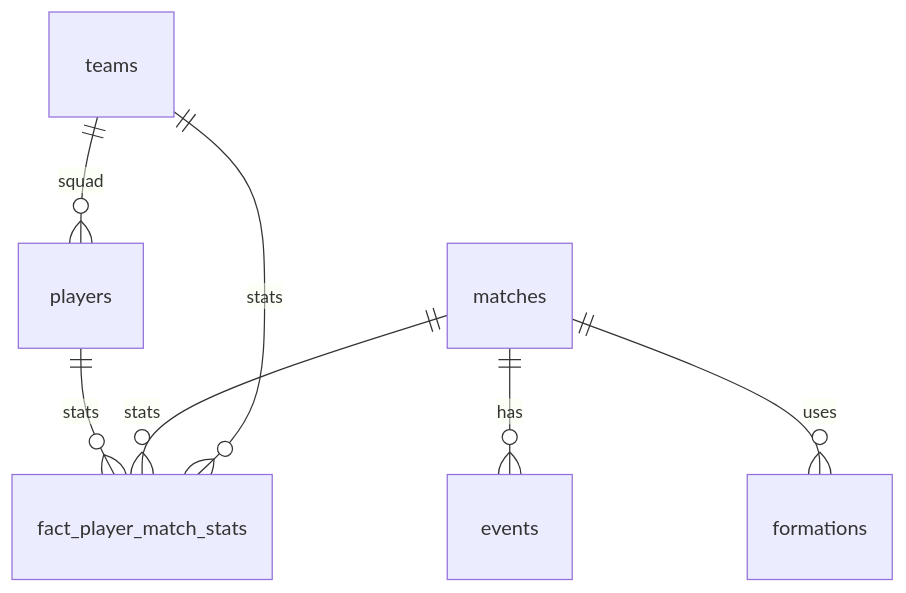
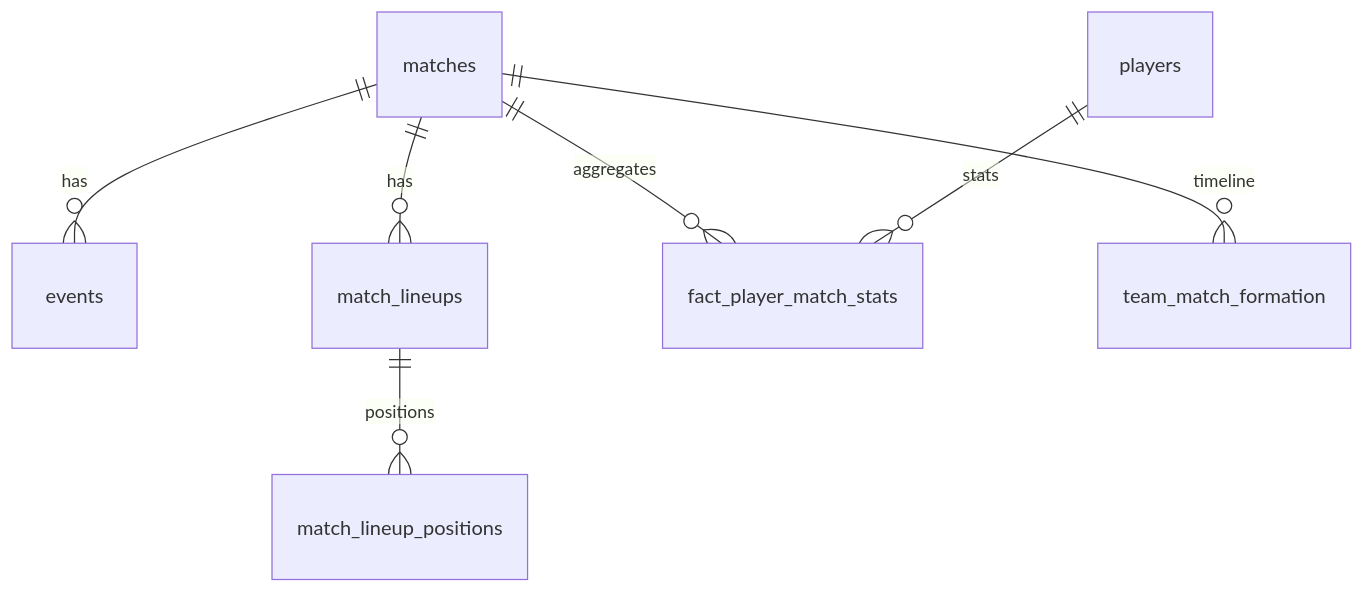
One commit to tjdrhr02/football changed the diagram in AGENTS.md. Above: the diagram before and after it, drawn with Mermaid. The commit also changed other lines of this file and 2 other files, not shown here.

First line of the commit message:
Simplify ERD and align AGENTS.md with WC2022 data validation.

````diff
--- a/AGENTS.md
+++ b/AGENTS.md
@@ -97,9 +115,9 @@
 ```mermaid
 erDiagram
-    teams ||--o{ players : squad
     matches ||--o{ events : has
-    matches ||--o{ formations : uses
+    matches ||--o{ match_lineups : has
+    match_lineups ||--o{ match_lineup_positions : positions
+    matches ||--o{ fact_player_match_stats : aggregates
     players ||--o{ fact_player_match_stats : stats
-    matches ||--o{ fact_player_match_stats : stats
-    teams ||--o{ fact_player_match_stats : stats
+    matches ||--o{ team_match_formation : timeline
 ```
````
